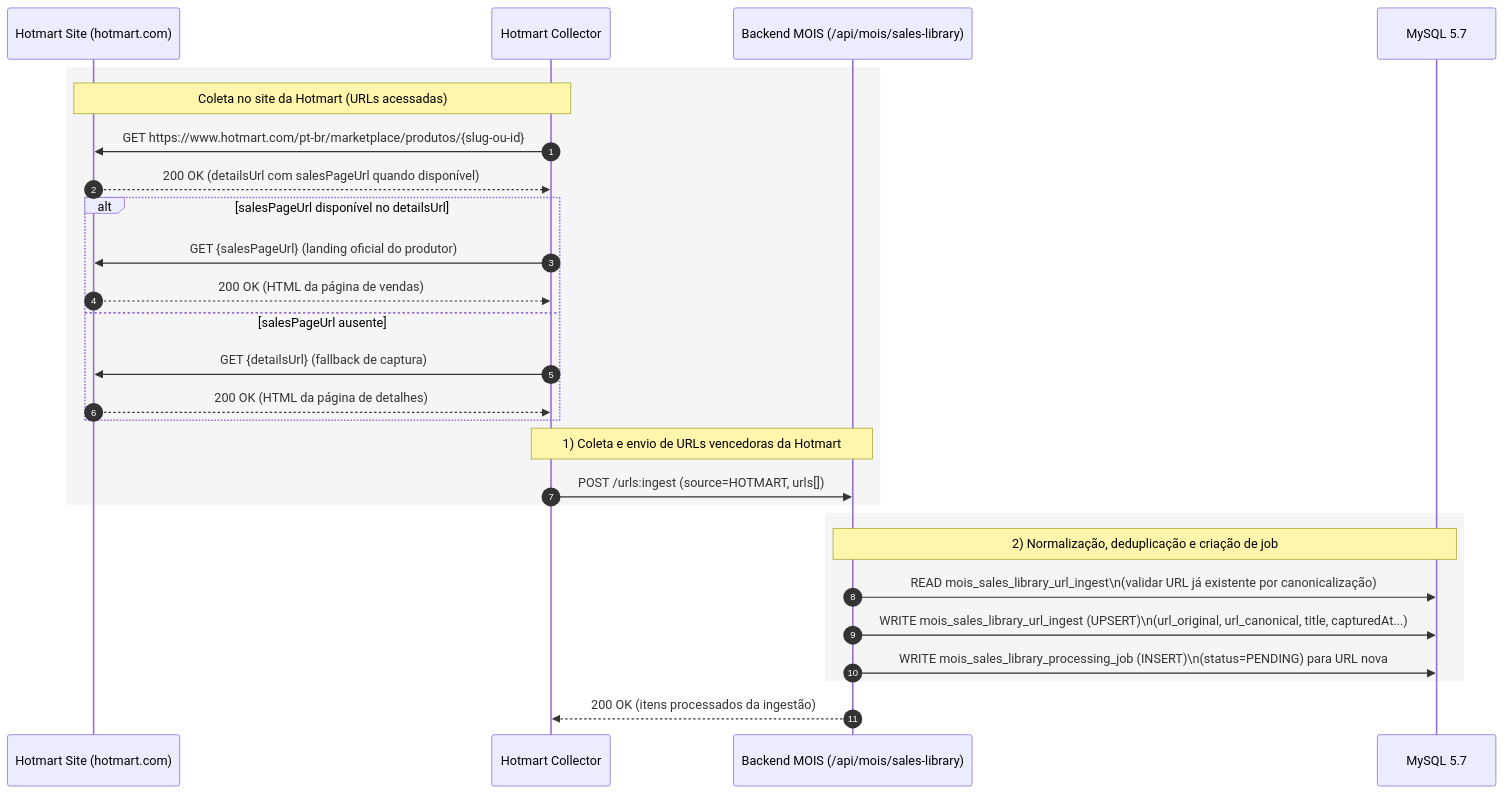
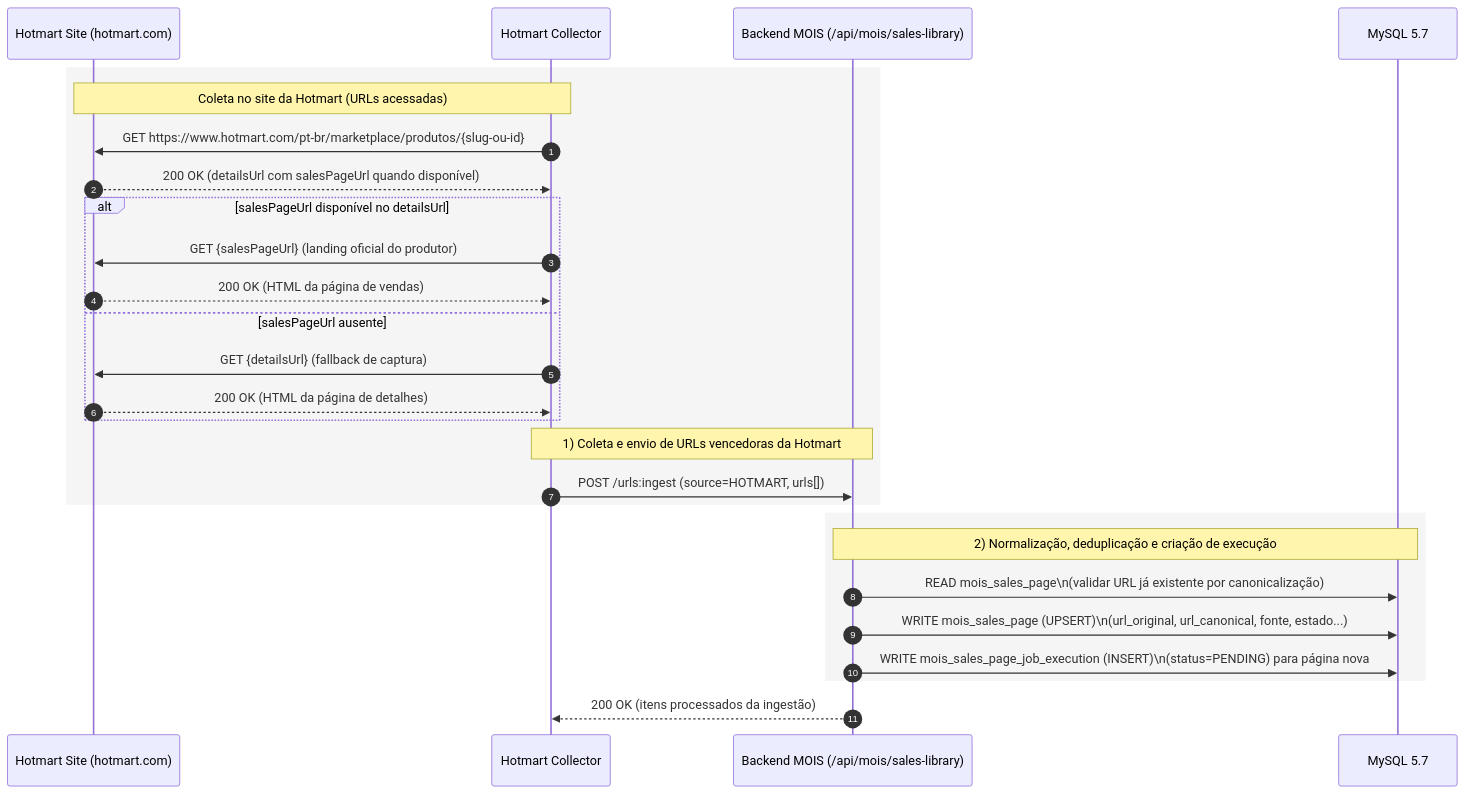
Before and after one commit to paulofor/marketing-hub: the second of 7 diagrams in docs/canonical/mois-worker-canon.v1.md, drawn with Mermaid. The commit also changed other lines of this file and 8 other files, not shown here.

Commit message:
Execute MOIS sales page phase 5

````diff
--- a/docs/canonical/mois-worker-canon.v1.md
+++ b/docs/canonical/mois-worker-canon.v1.md
@@ -206,33 +206,33 @@
 ```mermaid
 sequenceDiagram
     autonumber
     participant HS as Hotmart Site (hotmart.com)
     participant HC as Hotmart Collector
     participant API as Backend MOIS (/api/mois/sales-library)
     participant DB as MySQL 5.7
 
     rect rgb(245,245,245)
     Note over HS,HC: Coleta no site da Hotmart (URLs acessadas)
     HC->>HS: GET https://www.hotmart.com/pt-br/marketplace/produtos/{slug-ou-id}
     HS-->>HC: 200 OK (detailsUrl com salesPageUrl quando disponível)
     alt salesPageUrl disponível no detailsUrl
       HC->>HS: GET {salesPageUrl} (landing oficial do produtor)
       HS-->>HC: 200 OK (HTML da página de vendas)
     else salesPageUrl ausente
       HC->>HS: GET {detailsUrl} (fallback de captura)
       HS-->>HC: 200 OK (HTML da página de detalhes)
     end
 
     Note over HC,API: 1) Coleta e envio de URLs vencedoras da Hotmart
     HC->>API: POST /urls:ingest (source=HOTMART, urls[])
     end
 
     rect rgb(245,245,245)
-    Note over API,DB: 2) Normalização, deduplicação e criação de job
-    API->>DB: READ mois_sales_library_url_ingest\n(validar URL já existente por canonicalização)
-    API->>DB: WRITE mois_sales_library_url_ingest (UPSERT)\n(url_original, url_canonical, title, capturedAt...)
-    API->>DB: WRITE mois_sales_library_processing_job (INSERT)\n(status=PENDING) para URL nova
+    Note over API,DB: 2) Normalização, deduplicação e criação de execução
+    API->>DB: READ mois_sales_page\n(validar URL já existente por canonicalização)
+    API->>DB: WRITE mois_sales_page (UPSERT)\n(url_original, url_canonical, fonte, estado...)
+    API->>DB: WRITE mois_sales_page_job_execution (INSERT)\n(status=PENDING) para página nova
     end
 
     API-->>HC: 200 OK (itens processados da ingestão)
 ```
````
